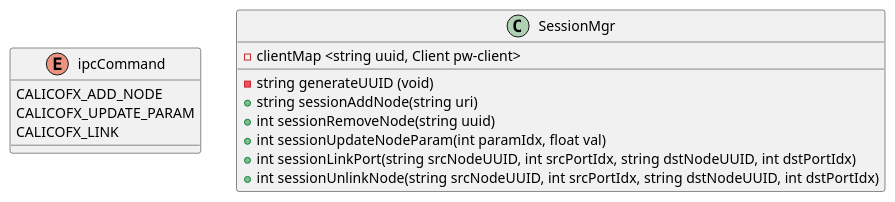
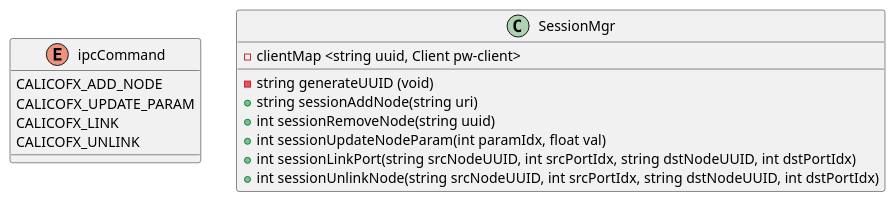
Before and after one commit to abhimanyu-g/calicofx-core: the fourth of 12 diagrams in doc/design.org, drawn with PlantUML. The commit also changed other lines of this file, not shown here.

First line of the commit message:
[doc] Unlink between 2 nodes

```diff
--- a/doc/design.org
+++ b/doc/design.org
@@ -81,18 +81,19 @@
 #+begin_src plantuml :file /tmp/calicofx-session-mgr-class-dig.png
   @startuml
   enum ipcCommand{
         CALICOFX_ADD_NODE
         CALICOFX_UPDATE_PARAM
         CALICOFX_LINK
+        CALICOFX_UNLINK
   }
   class SessionMgr{
         -clientMap <string uuid, Client pw-client>
         -string generateUUID (void)
         +string sessionAddNode(string uri)
         +int sessionRemoveNode(string uuid)
         +int sessionUpdateNodeParam(int paramIdx, float val)
         +int sessionLinkPort(string srcNodeUUID, int srcPortIdx, string dstNodeUUID, int dstPortIdx)
         +int sessionUnlinkNode(string srcNodeUUID, int srcPortIdx, string dstNodeUUID, int dstPortIdx)
   }
   @enduml
 #+end_src
```
